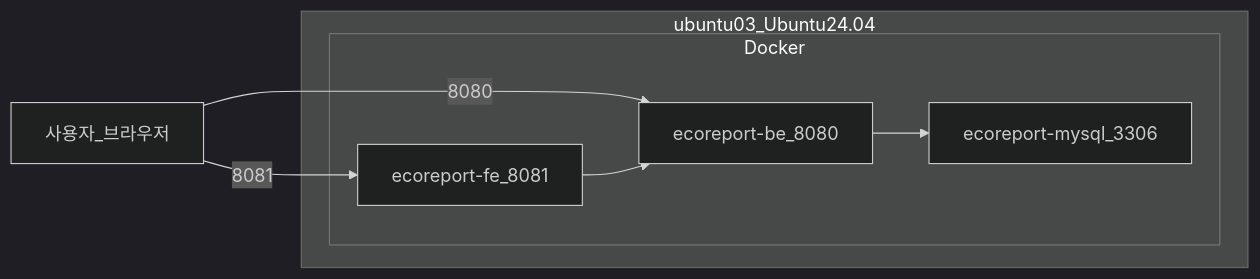
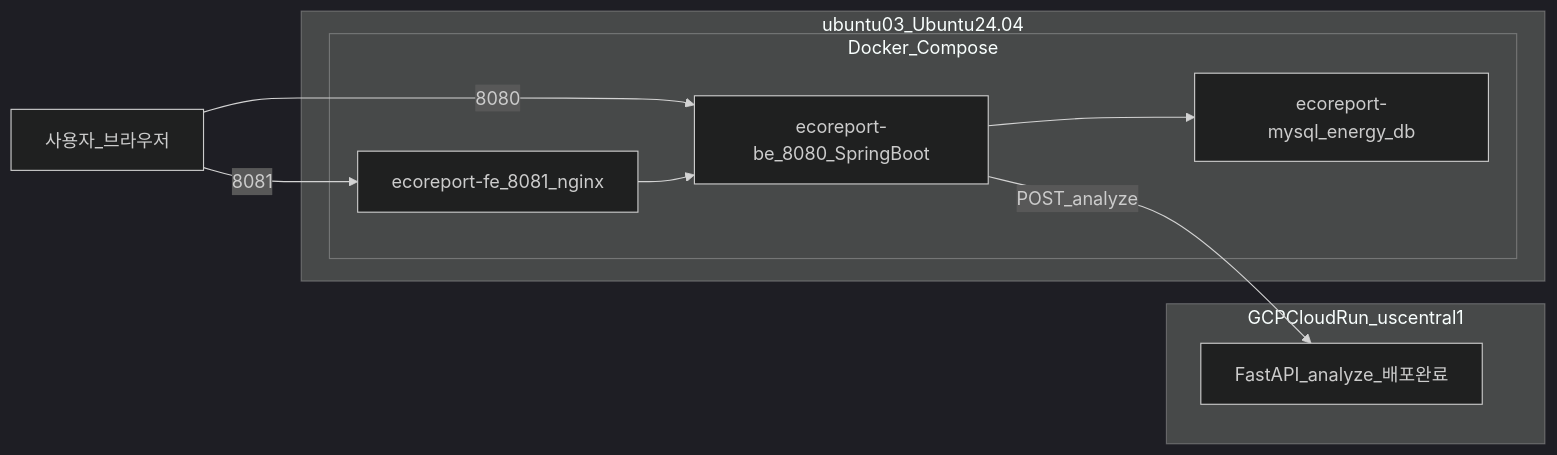
One commit to ravenkim/sundry_study changed the diagram in docs/최종 제안서/8_개발환경_및_운영서버.md. Above: the diagram before and after it, drawn with Mermaid (dark theme). The commit also changed other lines of this file and 30 other files, not shown here.

````diff
--- a/docs/최종 제안서/8_개발환경_및_운영서버.md
+++ b/docs/최종 제안서/8_개발환경_및_운영서버.md
@@ -160,15 +172,20 @@
 ```mermaid
 flowchart LR
   subgraph ubuntu03 [ubuntu03_Ubuntu24.04]
-    subgraph docker [Docker]
-      FE[ecoreport-fe_8081]
-      BE[ecoreport-be_8080]
-      DB[ecoreport-mysql_3306]
+    subgraph docker [Docker_Compose]
+      FE[ecoreport-fe_8081_nginx]
+      BE[ecoreport-be_8080_SpringBoot]
+      DB[ecoreport-mysql_energy_db]
     end
+  end
+
+  subgraph gcp [GCPCloudRun_uscentral1]
+    AI[FastAPI_analyze_배포완료]
   end
 
   User[사용자_브라우저] -->|8081| FE
   User -->|8080| BE
   FE --> BE
   BE --> DB
+  BE -->|POST_analyze| AI
 ```
````
